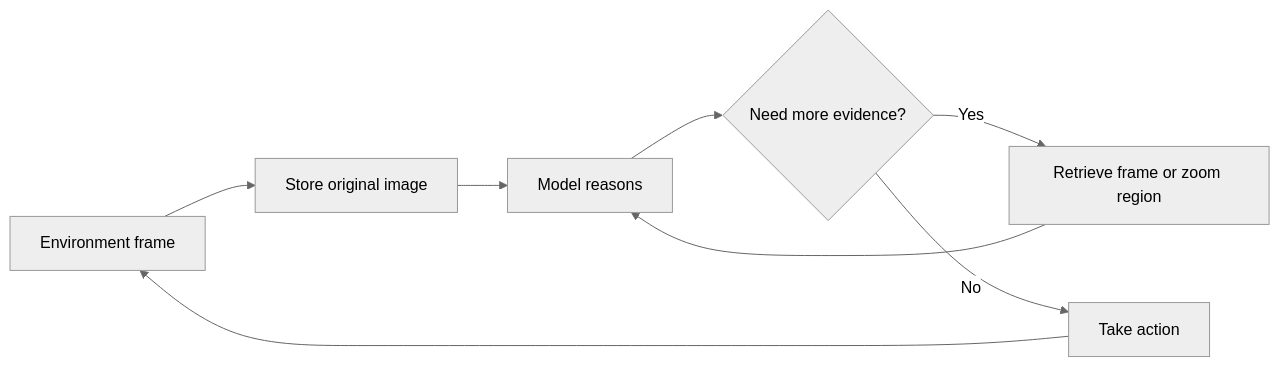
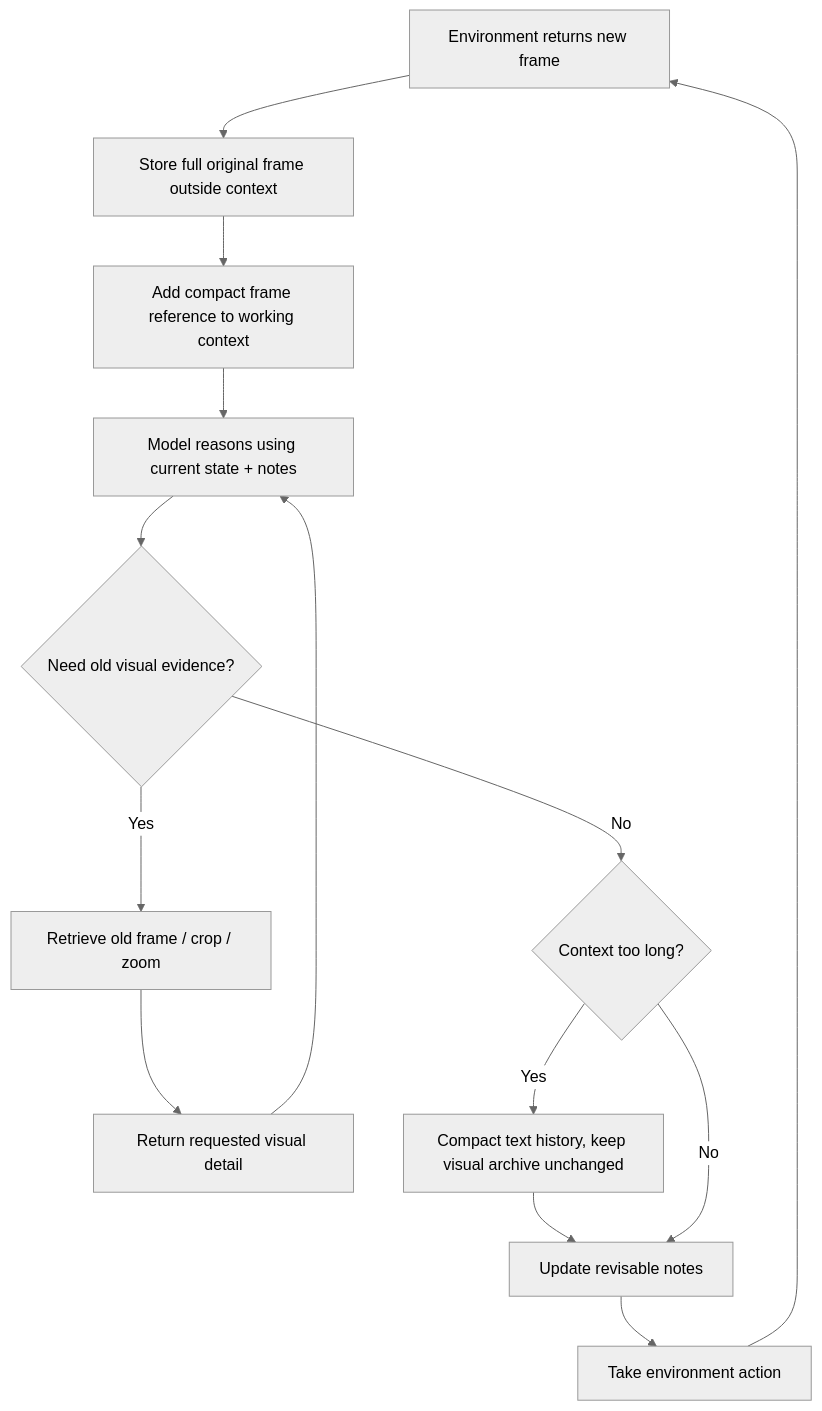
Before and after one commit to ShadowKingYT444/harness-papers-daily: the diagram in _analyses/2610.02200.md, drawn with Mermaid (neutral theme). The commit also changed other lines of this file and 37 other files, not shown here.

````diff
--- a/_analyses/2610.02200.md
+++ b/_analyses/2610.02200.md
@@ -21,10 +47,16 @@
-```mermaid
-flowchart LR
-    A[Environment frame] --> B[Store original image]
-    B --> C[Model reasons]
-    C --> D{Need more evidence?}
-    D -- Yes --> E[Retrieve frame or zoom region]
-    E --> C
-    D -- No --> F[Take action]
-    F --> A
-```
+~~~mermaid
+flowchart TD
+    A["Environment returns new frame"] --> B["Store full original frame outside context"]
+    B --> C["Add compact frame reference to working context"]
+    C --> D["Model reasons using current state + notes"]
+    D --> E{"Need old visual evidence?"}
+    E -- "Yes" --> F["Retrieve old frame / crop / zoom"]
+    F --> G["Return requested visual detail"]
+    G --> D
+    E -- "No" --> H{"Context too long?"}
+    H -- "Yes" --> I["Compact text history, keep visual archive unchanged"]
+    I --> J["Update revisable notes"]
+    H -- "No" --> J
+    J --> K["Take environment action"]
+    K --> A
+~~~
````
